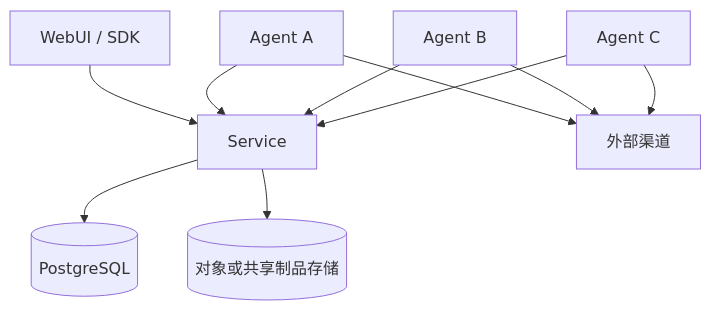
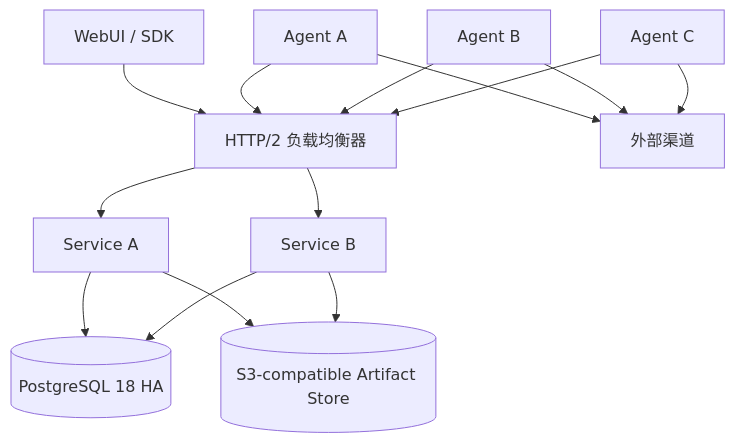
One commit to rememberber/WePush changed the fourth of 7 diagrams in next/docs/architecture-and-high-level-design.md. Above: the diagram before and after it, drawn with Mermaid. The commit also changed other lines of this file and 9 other files, not shown here.

````diff
--- a/next/docs/architecture-and-high-level-design.md
+++ b/next/docs/architecture-and-high-level-design.md
@@ -211,12 +211,16 @@
 ```mermaid
 flowchart TB
-    UI[WebUI / SDK] --> Service[Service]
-    Service --> PostgreSQL[(PostgreSQL)]
-    Service --> ObjectStore[(对象或共享制品存储)]
-    Agent1[Agent A] --> Service
-    Agent2[Agent B] --> Service
-    Agent3[Agent C] --> Service
+    UI[WebUI / SDK] --> LB[HTTP/2 负载均衡器]
+    Agent1[Agent A] --> LB
+    Agent2[Agent B] --> LB
+    Agent3[Agent C] --> LB
+    LB --> Service1[Service A]
+    LB --> Service2[Service B]
+    Service1 --> PostgreSQL[(PostgreSQL 18 HA)]
+    Service2 --> PostgreSQL
+    Service1 --> ObjectStore[(S3-compatible Artifact Store)]
+    Service2 --> ObjectStore
     Agent1 --> Channels[外部渠道]
     Agent2 --> Channels
     Agent3 --> Channels
 ```
````
